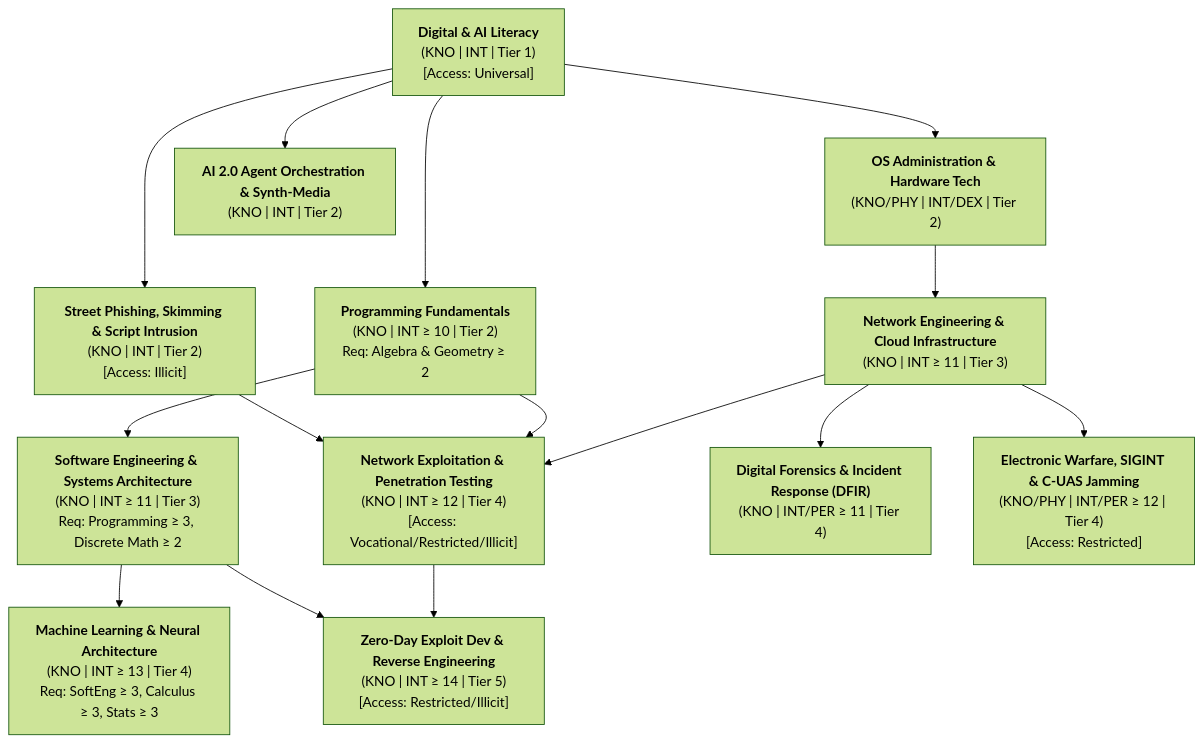
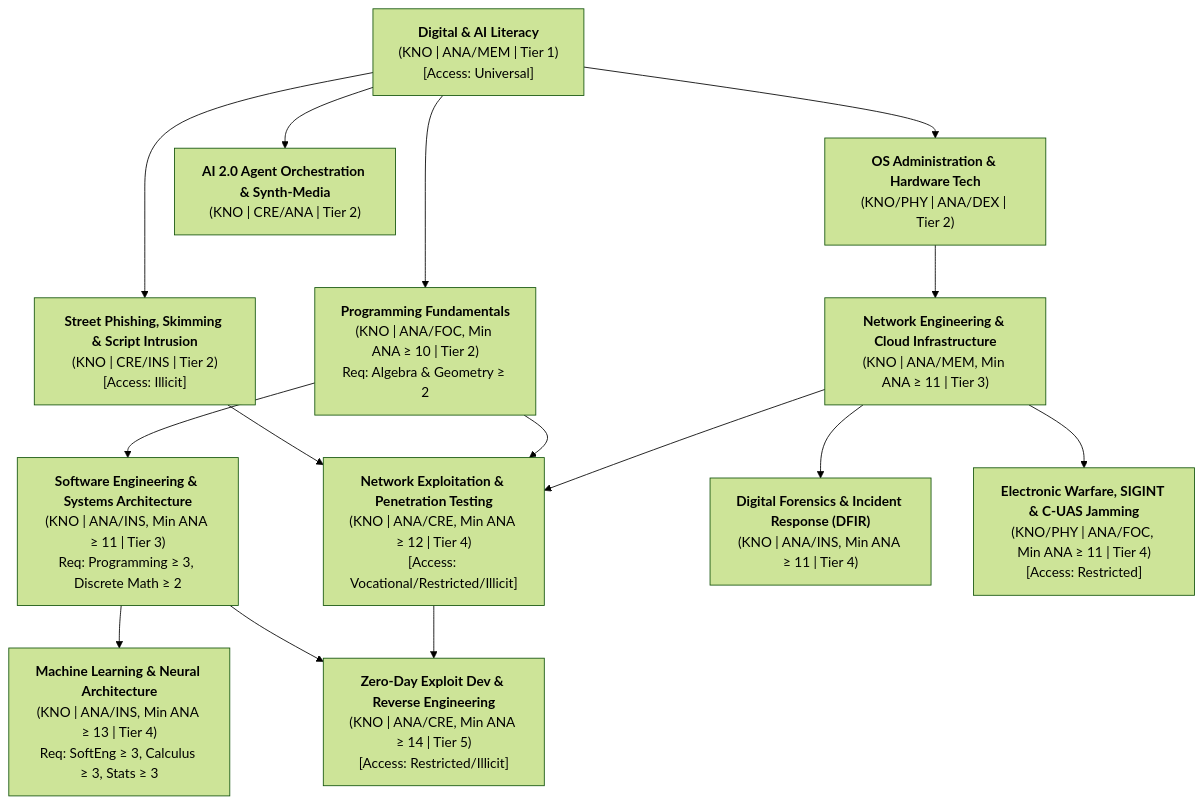
One commit to rarebreed/satya changed the third of 9 diagrams in docs/ttrpg/skill-design.md. Above: the diagram before and after it, drawn with Mermaid (forest theme). The commit also changed other lines of this file and 1 other file, not shown here.

````diff
--- a/docs/ttrpg/skill-design.md
+++ b/docs/ttrpg/skill-design.md
@@ -304,30 +332,30 @@
 ```mermaid
 flowchart TD
-    DigLit["<b>Digital & AI Literacy</b><br/>(KNO | INT | Tier 1)<br/>[Access: Universal]"]
-    SysAdmin["<b>OS Administration & Hardware Tech</b><br/>(KNO/PHY | INT/DEX | Tier 2)"]
-    Prog["<b>Programming Fundamentals</b><br/>(KNO | INT ≥ 10 | Tier 2)<br/>Req: Algebra & Geometry ≥ 2"]
-    StreetHack["<b>Street Phishing, Skimming & Script Intrusion</b><br/>(KNO | INT | Tier 2)<br/>[Access: Illicit]"]
-    NetEng["<b>Network Engineering & Cloud Infrastructure</b><br/>(KNO | INT ≥ 11 | Tier 3)"]
-    SoftEng["<b>Software Engineering & Systems Architecture</b><br/>(KNO | INT ≥ 11 | Tier 3)<br/>Req: Programming ≥ 3, Discrete Math ≥ 2"]
-    PromptAI["<b>AI 2.0 Agent Orchestration & Synth-Media</b><br/>(KNO | INT | Tier 2)"]
-    NetExploit["<b>Network Exploitation & Penetration Testing</b><br/>(KNO | INT ≥ 12 | Tier 4)<br/>[Access: Vocational/Restricted/Illicit]"]
-    DigForensics["<b>Digital Forensics & Incident Response (DFIR)</b><br/>(KNO | INT/PER ≥ 11 | Tier 4)"]
-    MLArch["<b>Machine Learning & Neural Architecture</b><br/>(KNO | INT ≥ 13 | Tier 4)<br/>Req: SoftEng ≥ 3, Calculus ≥ 3, Stats ≥ 3"]
-    ZeroDay["<b>Zero-Day Exploit Dev & Reverse Engineering</b><br/>(KNO | INT ≥ 14 | Tier 5)<br/>[Access: Restricted/Illicit]"]
-    EW["<b>Electronic Warfare, SIGINT & C-UAS Jamming</b><br/>(KNO/PHY | INT/PER ≥ 12 | Tier 4)<br/>[Access: Restricted]"]
+    DigLit["<b>Digital & AI Literacy</b><br/>(KNO | ANA/MEM | Tier 1)<br/>[Access: Universal]"]
+    SysAdmin["<b>OS Administration & Hardware Tech</b><br/>(KNO/PHY | ANA/DEX | Tier 2)"]
+    Prog["<b>Programming Fundamentals</b><br/>(KNO | ANA/FOC, Min ANA ≥ 10 | Tier 2)<br/>Req: Algebra & Geometry ≥ 2"]
+    StreetHack["<b>Street Phishing, Skimming & Script Intrusion</b><br/>(KNO | CRE/INS | Tier 2)<br/>[Access: Illicit]"]
+    NetEng["<b>Network Engineering & Cloud Infrastructure</b><br/>(KNO | ANA/MEM, Min ANA ≥ 11 | Tier 3)"]
+    SoftEng["<b>Software Engineering & Systems Architecture</b><br/>(KNO | ANA/INS, Min ANA ≥ 11 | Tier 3)<br/>Req: Programming ≥ 3, Discrete Math ≥ 2"]
+    PromptAI["<b>AI 2.0 Agent Orchestration & Synth-Media</b><br/>(KNO | CRE/ANA | Tier 2)"]
+    NetExploit["<b>Network Exploitation & Penetration Testing</b><br/>(KNO | ANA/CRE, Min ANA ≥ 12 | Tier 4)<br/>[Access: Vocational/Restricted/Illicit]"]
+    DigForensics["<b>Digital Forensics & Incident Response (DFIR)</b><br/>(KNO | ANA/INS, Min ANA ≥ 11 | Tier 4)"]
+    MLArch["<b>Machine Learning & Neural Architecture</b><br/>(KNO | ANA/INS, Min ANA ≥ 13 | Tier 4)<br/>Req: SoftEng ≥ 3, Calculus ≥ 3, Stats ≥ 3"]
+    ZeroDay["<b>Zero-Day Exploit Dev & Reverse Engineering</b><br/>(KNO | ANA/CRE, Min ANA ≥ 14 | Tier 5)<br/>[Access: Restricted/Illicit]"]
+    EW["<b>Electronic Warfare, SIGINT & C-UAS Jamming</b><br/>(KNO/PHY | ANA/FOC, Min ANA ≥ 11 | Tier 4)<br/>[Access: Restricted]"]
 
     DigLit --> SysAdmin
     DigLit --> Prog
     DigLit --> StreetHack
     DigLit --> PromptAI
     SysAdmin --> NetEng
     Prog --> SoftEng
     NetEng --> NetExploit
     Prog --> NetExploit
     StreetHack --> NetExploit
     NetEng --> DigForensics
     SoftEng --> MLArch
     NetExploit --> ZeroDay
     SoftEng --> ZeroDay
     NetEng --> EW
 ```
````
